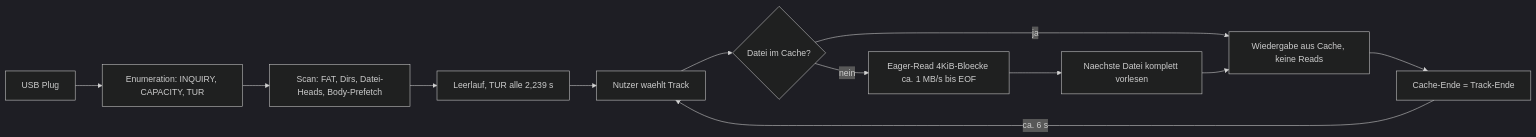
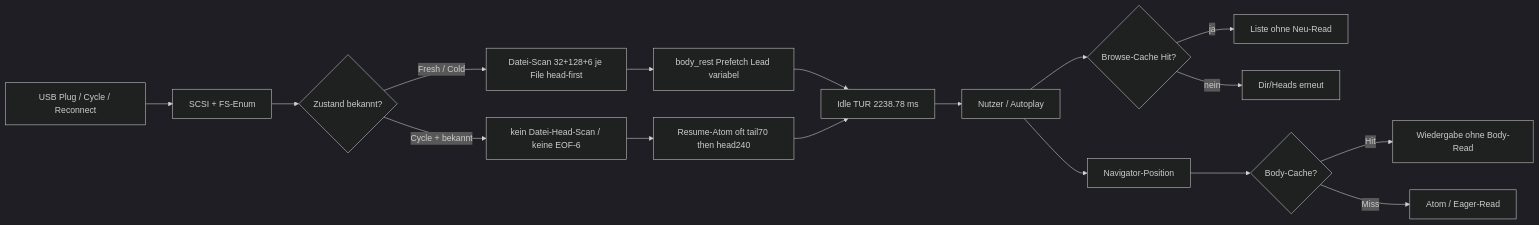
Before and after one commit to MPunktBPunkt/pidrive: the first of 2 diagrams in docs/fahrzeug/HU-Technical-Facts.md, drawn with Mermaid (dark theme). The commit also changed other lines of this file and 10 other files, not shown here.

````diff
--- a/docs/fahrzeug/HU-Technical-Facts.md
+++ b/docs/fahrzeug/HU-Technical-Facts.md
@@ -24,14 +25,19 @@
 ```mermaid
 flowchart LR
-  Plug["USB Plug"] --> Enum["Enumeration: INQUIRY, CAPACITY, TUR"]
-  Enum --> Scan["Scan: FAT, Dirs, Datei-Heads, Body-Prefetch"]
-  Scan --> Wait["Leerlauf, TUR alle 2,239 s"]
-  Wait --> Sel["Nutzer waehlt Track"]
-  Sel --> Cached{"Datei im Cache?"}
-  Cached -->|ja| PlayCache["Wiedergabe aus Cache, keine Reads"]
-  Cached -->|nein| Eager["Eager-Read 4KiB-Bloecke ca. 1 MB/s bis EOF"]
-  Eager --> NextPf["Naechste Datei komplett vorlesen"]
-  NextPf --> PlayCache
-  PlayCache --> Eof["Cache-Ende = Track-Ende"]
-  Eof -->|"ca. 6 s"| Sel
+  Plug["USB Plug / Cycle / Reconnect"] --> Enum["SCSI + FS-Enum"]
+  Enum --> Path{Zustand bekannt?}
+  Path -->|Fresh / Cold| Scan["Datei-Scan 32+128+6 je File head-first"]
+  Path -->|Cycle + bekannt| Res["kein Datei-Head-Scan / keine EOF-6"]
+  Scan --> BodyR["body_rest Prefetch Lead variabel"]
+  Res --> Atom["Resume-Atom oft tail70 then head240"]
+  BodyR --> Wait["Idle TUR 2238.78 ms"]
+  Atom --> Wait
+  Wait --> Sel["Nutzer / Autoplay"]
+  Sel --> Nav["Navigator-Position"]
+  Sel --> Browse{"Browse-Cache Hit?"}
+  Browse -->|ja| UI["Liste ohne Neu-Read"]
+  Browse -->|nein| DirRead["Dir/Heads erneut"]
+  Nav --> Play{"Body-Cache?"}
+  Play -->|Hit| PlayCache["Wiedergabe ohne Body-Read"]
+  Play -->|Miss| Eager["Atom / Eager-Read"]
 ```
````
